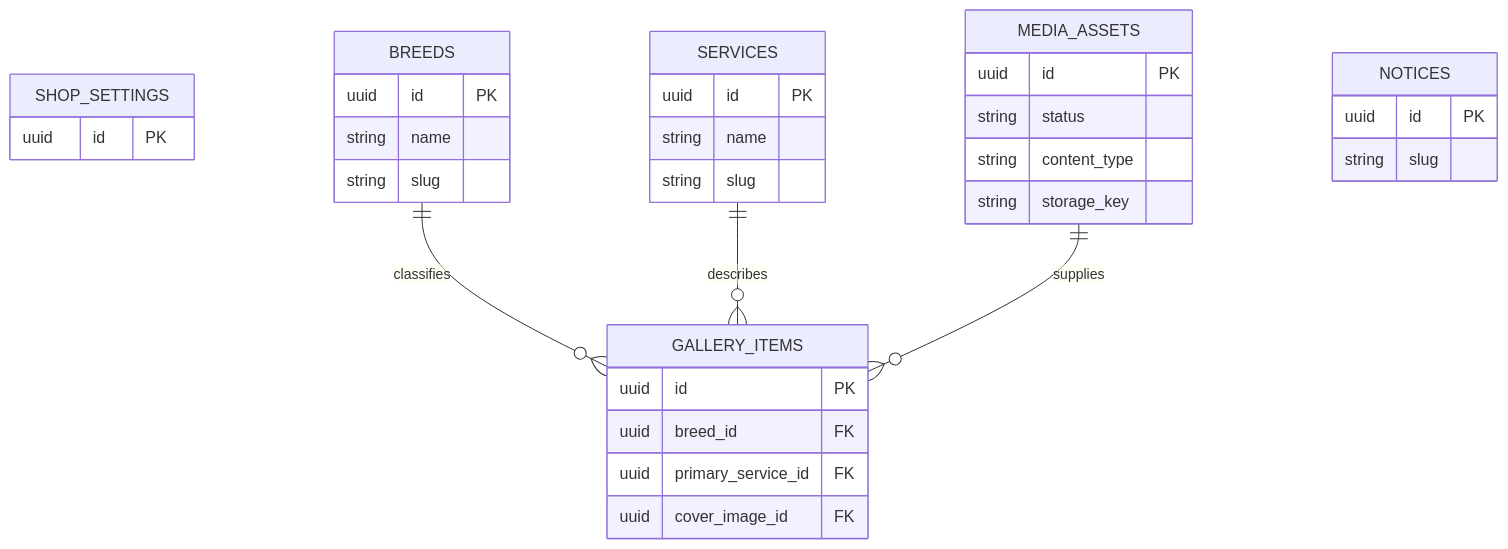
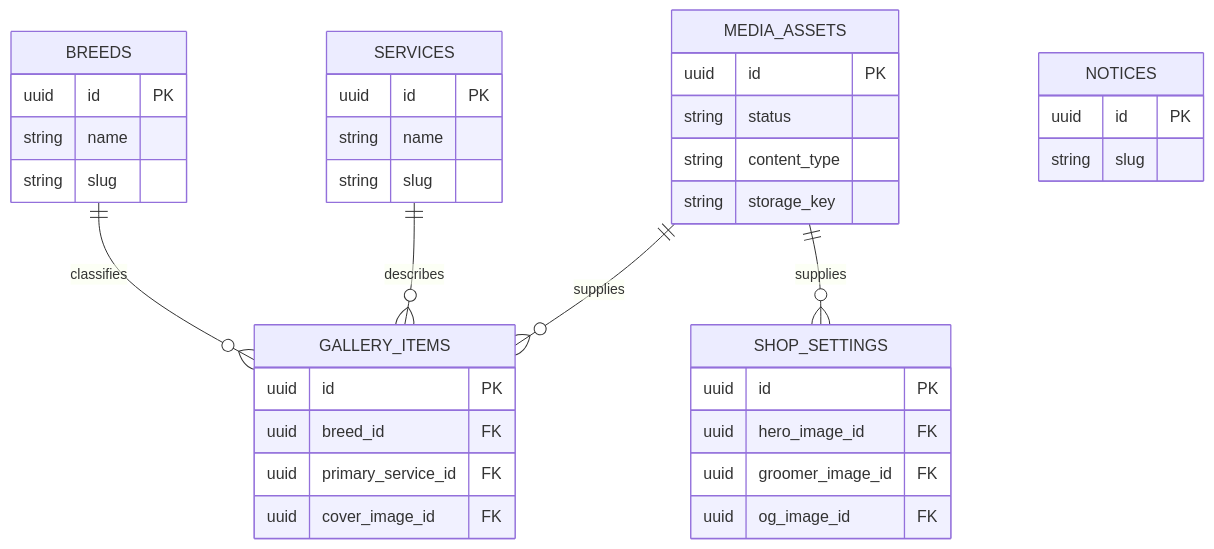
The diagram in docs/04-architecture/cms-data-model.md (xxh3898/Rhaomi), drawn with Mermaid before and after one commit. The commit also changed other lines of this file and 25 other files, not shown here.

First line of the commit message:
feat: 매장정보 Hero·프로필·OG media relation 구축

````diff
--- a/docs/04-architecture/cms-data-model.md
+++ b/docs/04-architecture/cms-data-model.md
@@ -47,13 +47,14 @@
 ```mermaid
 erDiagram
-    SHOP_SETTINGS { uuid id PK }
+    SHOP_SETTINGS { uuid id PK uuid hero_image_id FK uuid groomer_image_id FK uuid og_image_id FK }
     BREEDS { uuid id PK string name string slug }
     SERVICES { uuid id PK string name string slug }
     MEDIA_ASSETS { uuid id PK string status string content_type string storage_key }
     GALLERY_ITEMS { uuid id PK uuid breed_id FK uuid primary_service_id FK uuid cover_image_id FK }
     NOTICES { uuid id PK string slug }
 
     BREEDS ||--o{ GALLERY_ITEMS : classifies
     SERVICES ||--o{ GALLERY_ITEMS : describes
     MEDIA_ASSETS ||--o{ GALLERY_ITEMS : supplies
+    MEDIA_ASSETS ||--o{ SHOP_SETTINGS : supplies
 ```
````
